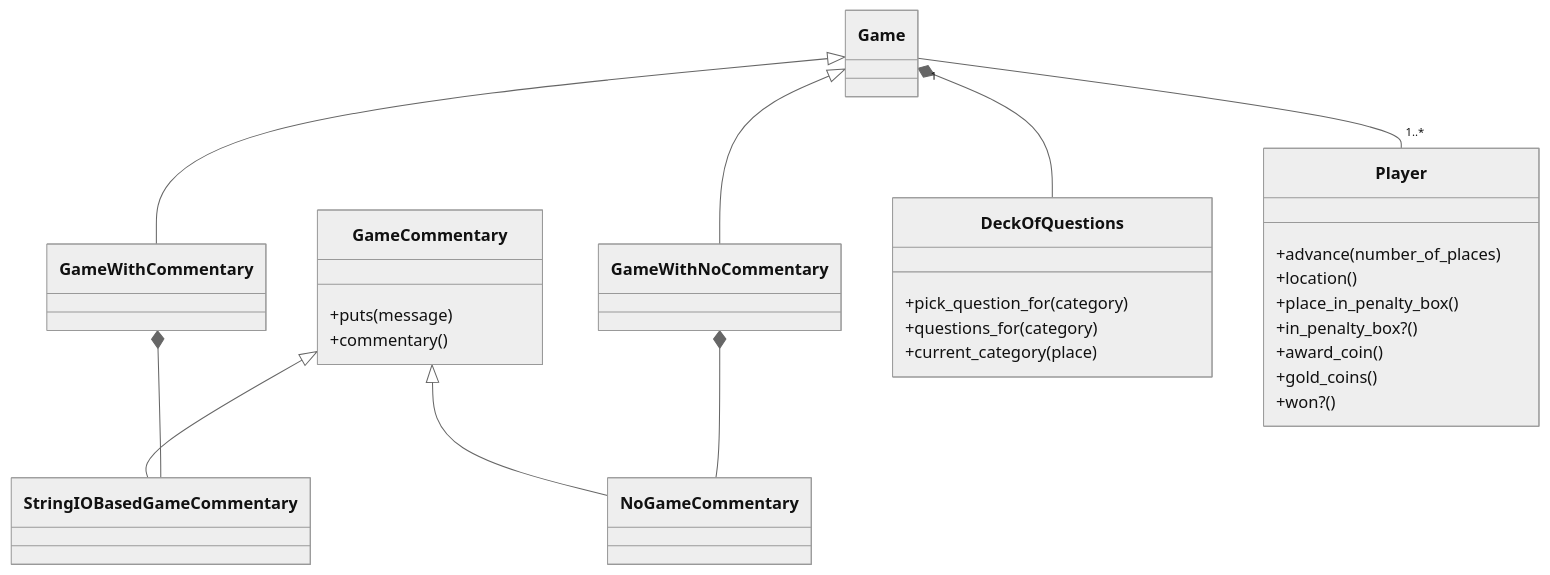
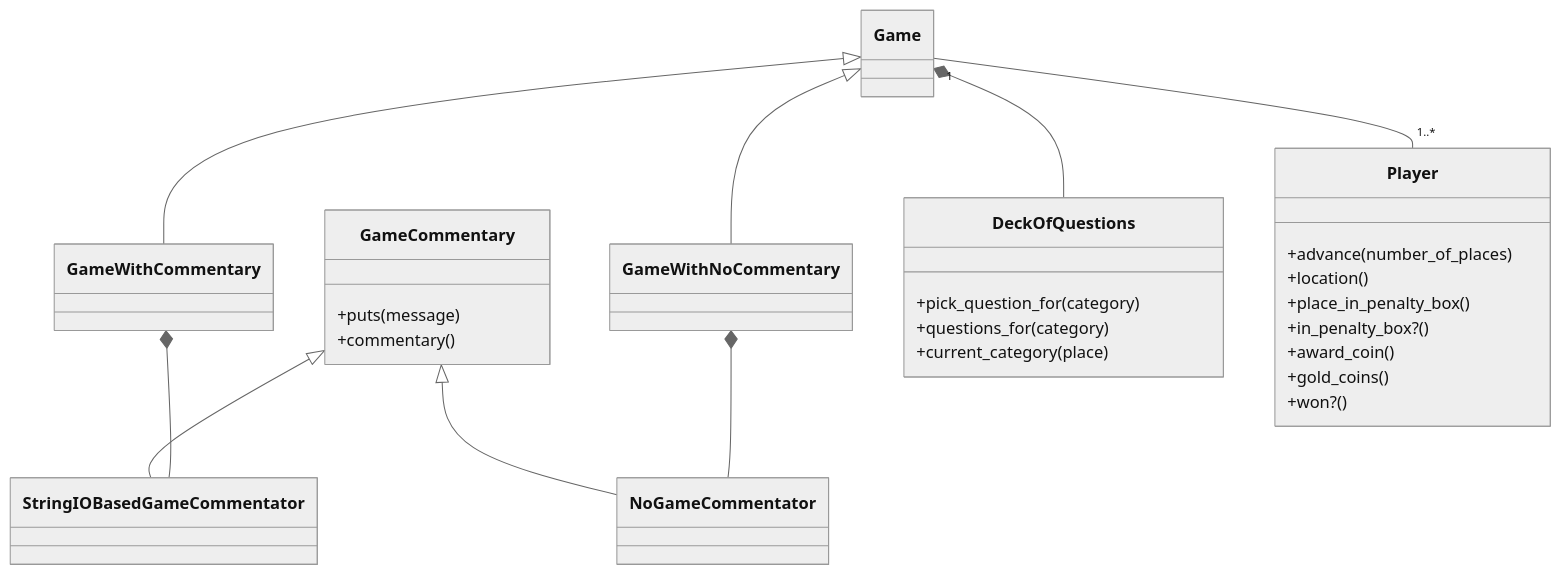
The diagram in ruby/design/current_design.md (hemalvarambhia/trivia), drawn with Mermaid (neutral theme) before and after one commit. The commit also changed 4 other files, not shown here.

````diff
--- a/ruby/design/current_design.md
+++ b/ruby/design/current_design.md
@@ -3,39 +3,39 @@
 ```mermaid
 classDiagram
     Game <|-- GameWithCommentary
     Game <|-- GameWithNoCommentary
 
     class GameCommentary {
         +puts(message)
         +commentary()
     }
-    class StringIOBasedGameCommentary {
+    class StringIOBasedGameCommentator {
         
     }
-    class NoGameCommentary {
+    class NoGameCommentator {
 
     }
 
     class DeckOfQuestions {
         +pick_question_for(category)
         +questions_for(category)
         +current_category(place)
     }
 
 
     class Player {
         +advance(number_of_places)
         +location()
         +place_in_penalty_box()
         +in_penalty_box?()
         +award_coin()
         +gold_coins()
         +won?()
     }
 Game *-- DeckOfQuestions
 Game "1" -- "1..*" Player
-GameCommentary <|-- StringIOBasedGameCommentary
-GameCommentary <|-- NoGameCommentary    
-GameWithCommentary *-- StringIOBasedGameCommentary  
-GameWithNoCommentary *-- NoGameCommentary
+GameCommentary <|-- StringIOBasedGameCommentator
+GameCommentary <|-- NoGameCommentator
+GameWithCommentary *-- StringIOBasedGameCommentator  
+GameWithNoCommentary *-- NoGameCommentator
 ```
````
